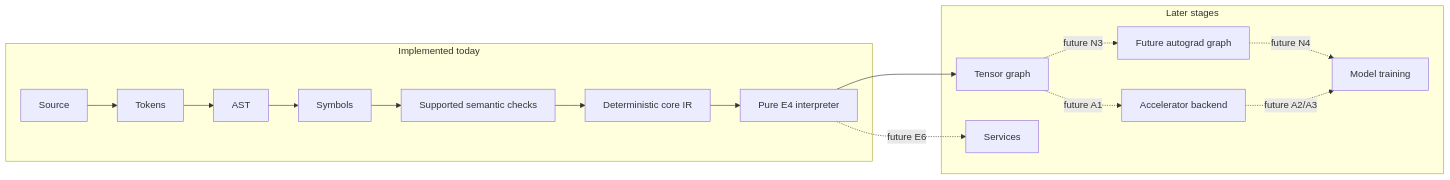
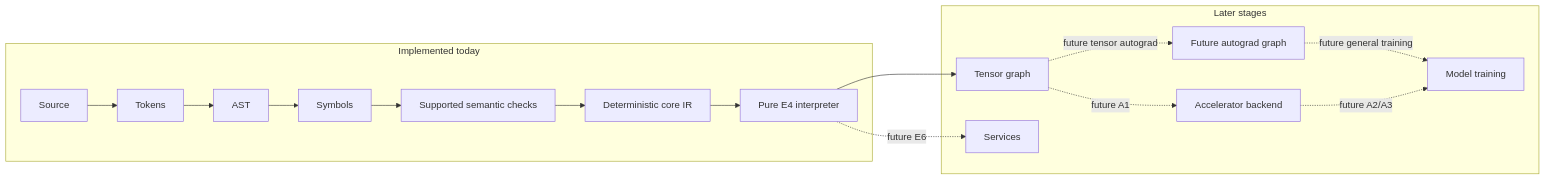
One commit to marcosbuilds/Seloryn changed the diagram in docs/project/architecture.md. Above: the diagram before and after it, drawn with Mermaid. The commit also changed 26 other files, not shown here.

````diff
--- a/docs/project/architecture.md
+++ b/docs/project/architecture.md
@@ -7,24 +7,24 @@
 ```mermaid
 flowchart LR
     subgraph A1[Implemented today]
         A[Source] --> B[Tokens]
         B --> C[AST]
         C --> D[Symbols]
         D --> E[Supported semantic checks]
         E --> F[Deterministic core IR]
         F --> G[Pure E4 interpreter]
     end
     subgraph A2[Later stages]
         H[Tensor graph]
         I[Future autograd graph]
         J[Accelerator backend]
         K[Services]
         L[Model training]
     end
     G --> H
-    H -. future N3 .-> I
+    H -. future tensor autograd .-> I
     H -. future A1 .-> J
     G -. future E6 .-> K
-    I -. future N4 .-> L
+    I -. future general training .-> L
     J -. future A2/A3 .-> L
 ```
````
